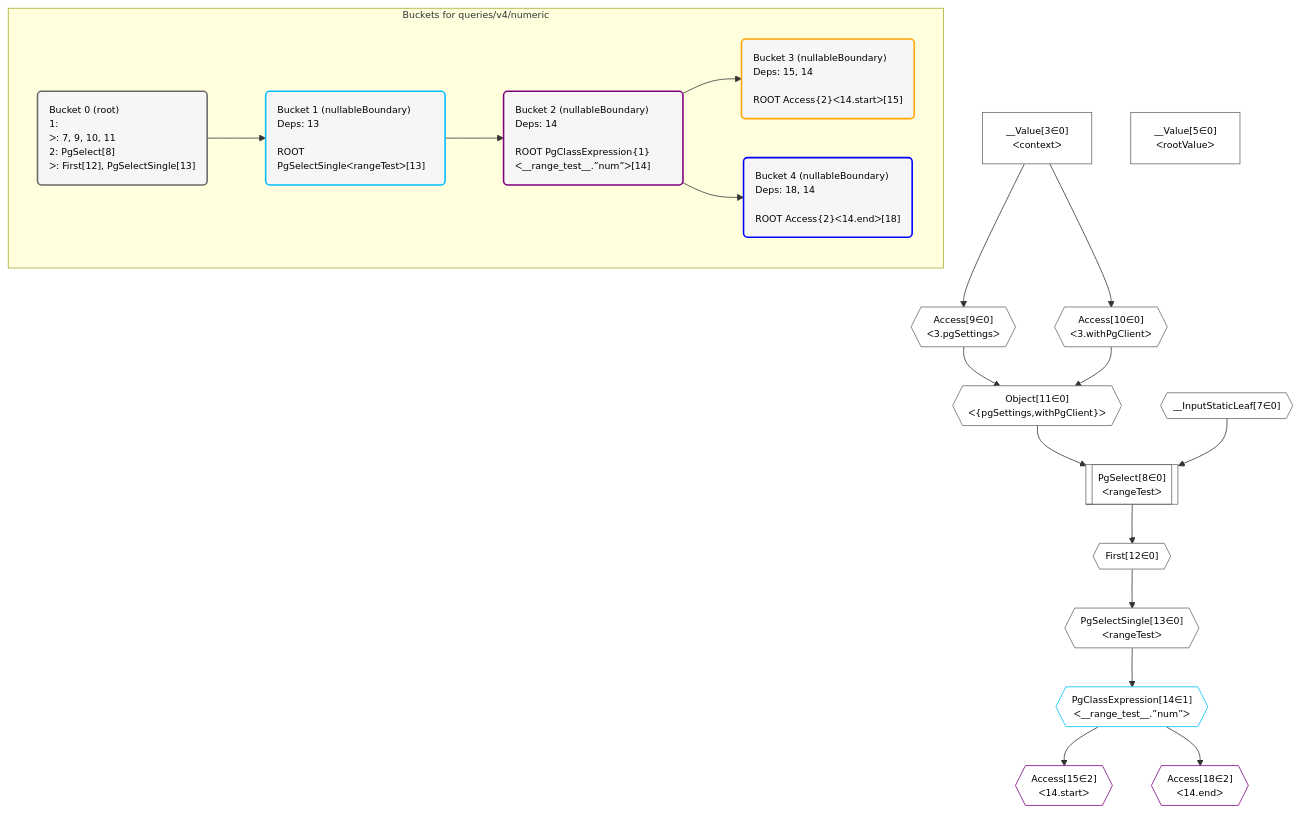
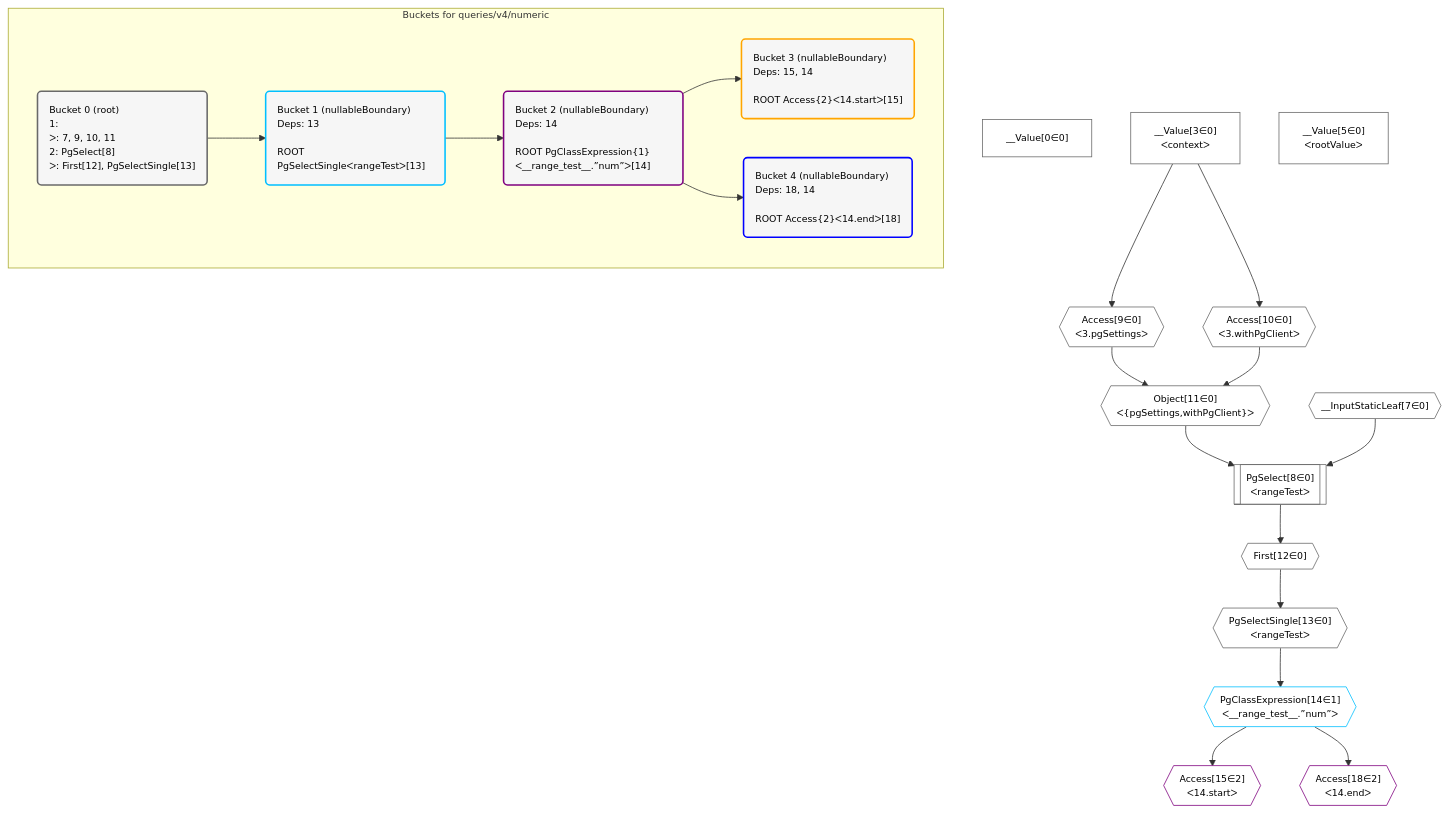
The diagram in postgraphile/postgraphile/__tests__/queries/v4/numeric.mermaid (graphile/crystal), drawn with Mermaid before and after one commit. The commit also changed 195 other files, not shown here.

```diff
--- a/postgraphile/postgraphile/__tests__/queries/v4/numeric.mermaid
+++ b/postgraphile/postgraphile/__tests__/queries/v4/numeric.mermaid
@@ -1,55 +1,56 @@
 %%{init: {'themeVariables': { 'fontSize': '12px'}}}%%
 graph TD
     classDef path fill:#eee,stroke:#000,color:#000
     classDef plan fill:#fff,stroke-width:1px,color:#000
     classDef itemplan fill:#fff,stroke-width:2px,color:#000
     classDef unbatchedplan fill:#dff,stroke-width:1px,color:#000
     classDef sideeffectplan fill:#fcc,stroke-width:2px,color:#000
     classDef bucket fill:#f6f6f6,color:#000,stroke-width:2px,text-align:left
 
 
     %% define steps
+    __Value0["__Value[0∈0]"]:::plan
     __Value3["__Value[3∈0]<br />ᐸcontextᐳ"]:::plan
     __Value5["__Value[5∈0]<br />ᐸrootValueᐳ"]:::plan
     __InputStaticLeaf7{{"__InputStaticLeaf[7∈0]"}}:::plan
     Access9{{"Access[9∈0]<br />ᐸ3.pgSettingsᐳ"}}:::plan
     Access10{{"Access[10∈0]<br />ᐸ3.withPgClientᐳ"}}:::plan
     Object11{{"Object[11∈0]<br />ᐸ{pgSettings,withPgClient}ᐳ"}}:::plan
     PgSelect8[["PgSelect[8∈0]<br />ᐸrangeTestᐳ"]]:::plan
     First12{{"First[12∈0]"}}:::plan
     PgSelectSingle13{{"PgSelectSingle[13∈0]<br />ᐸrangeTestᐳ"}}:::plan
     PgClassExpression14{{"PgClassExpression[14∈1]<br />ᐸ__range_test__.”num”ᐳ"}}:::plan
     Access15{{"Access[15∈2]<br />ᐸ14.startᐳ"}}:::plan
     Access18{{"Access[18∈2]<br />ᐸ14.endᐳ"}}:::plan
 
     %% plan dependencies
     __Value3 --> Access9
     __Value3 --> Access10
     Access9 & Access10 --> Object11
     Object11 & __InputStaticLeaf7 --> PgSelect8
     PgSelect8 --> First12
     First12 --> PgSelectSingle13
     PgSelectSingle13 --> PgClassExpression14
     PgClassExpression14 --> Access15
     PgClassExpression14 --> Access18
 
     subgraph "Buckets for queries/v4/numeric"
     Bucket0("Bucket 0 (root)<br />1: <br />ᐳ: 7, 9, 10, 11<br />2: PgSelect[8]<br />ᐳ: First[12], PgSelectSingle[13]"):::bucket
     classDef bucket0 stroke:#696969
-    class Bucket0,__Value3,__Value5,__InputStaticLeaf7,PgSelect8,Access9,Access10,Object11,First12,PgSelectSingle13 bucket0
+    class Bucket0,__Value0,__Value3,__Value5,__InputStaticLeaf7,PgSelect8,Access9,Access10,Object11,First12,PgSelectSingle13 bucket0
     Bucket1("Bucket 1 (nullableBoundary)<br />Deps: 13<br /><br />ROOT PgSelectSingleᐸrangeTestᐳ[13]"):::bucket
     classDef bucket1 stroke:#00bfff
     class Bucket1,PgClassExpression14 bucket1
     Bucket2("Bucket 2 (nullableBoundary)<br />Deps: 14<br /><br />ROOT PgClassExpression{1}ᐸ__range_test__.”num”ᐳ[14]"):::bucket
     classDef bucket2 stroke:#7f007f
     class Bucket2,Access15,Access18 bucket2
     Bucket3("Bucket 3 (nullableBoundary)<br />Deps: 15, 14<br /><br />ROOT Access{2}ᐸ14.startᐳ[15]"):::bucket
     classDef bucket3 stroke:#ffa500
     class Bucket3 bucket3
     Bucket4("Bucket 4 (nullableBoundary)<br />Deps: 18, 14<br /><br />ROOT Access{2}ᐸ14.endᐳ[18]"):::bucket
     classDef bucket4 stroke:#0000ff
     class Bucket4 bucket4
     Bucket0 --> Bucket1
     Bucket1 --> Bucket2
     Bucket2 --> Bucket3 & Bucket4
     end
```
